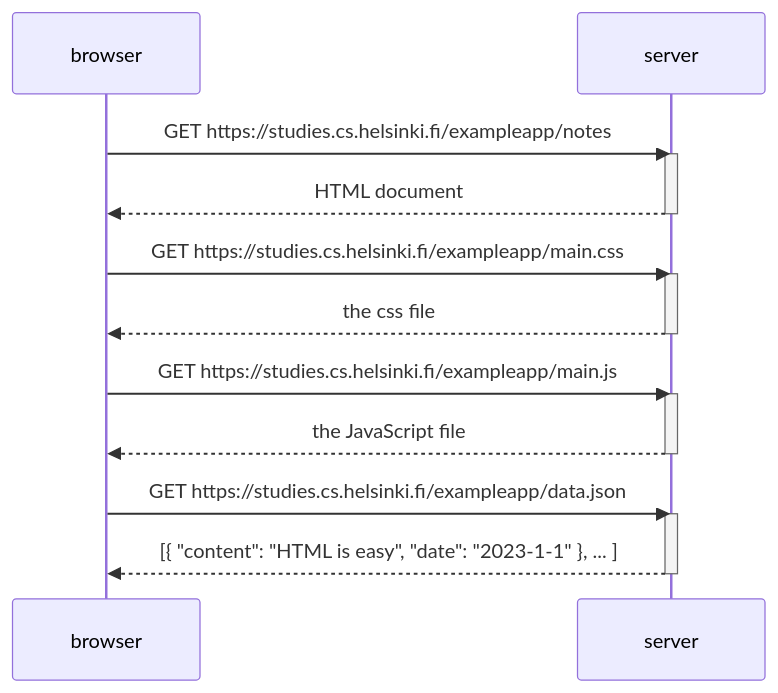
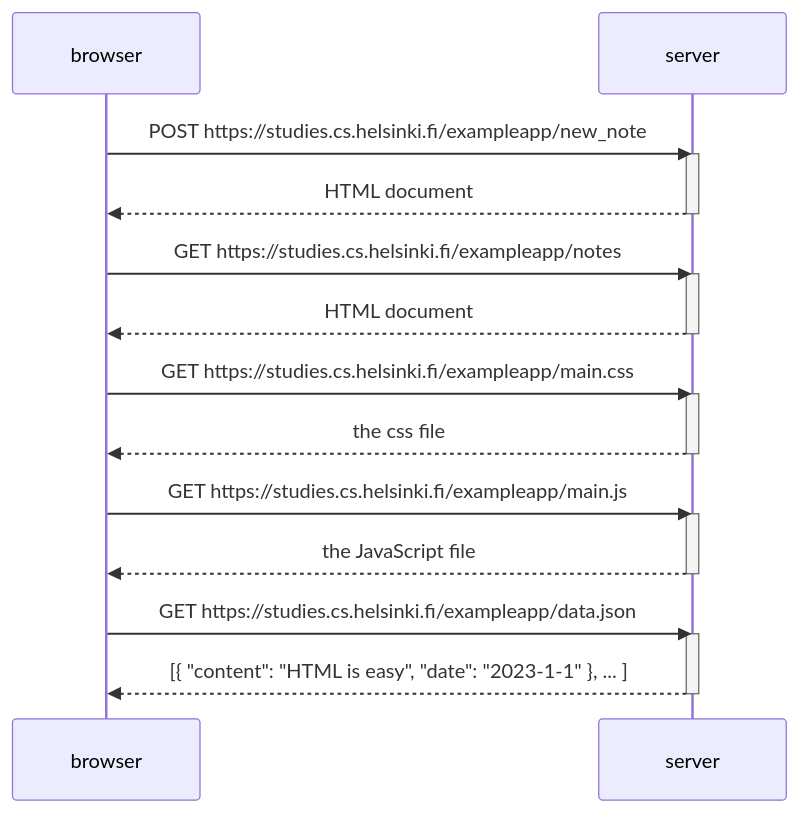
The diagram in 04file3.md (REV3NSS/FullStack), drawn with Mermaid before and after one commit.

````diff
--- a/04file3.md
+++ b/04file3.md
@@ -1,25 +1,30 @@
 ```mermaid
     sequenceDiagram
     participant browser
     participant server
+
+    browser->>server: POST https://studies.cs.helsinki.fi/exampleapp/new_note
+    activate server
+    server-->>browser: HTML document
+    deactivate server
 
     browser->>server: GET https://studies.cs.helsinki.fi/exampleapp/notes
     activate server
     server-->>browser: HTML document
     deactivate server
 
     browser->>server: GET https://studies.cs.helsinki.fi/exampleapp/main.css
     activate server
     server-->>browser: the css file
     deactivate server
 
     browser->>server: GET https://studies.cs.helsinki.fi/exampleapp/main.js
     activate server
     server-->>browser: the JavaScript file
     deactivate server
 
     browser->>server: GET https://studies.cs.helsinki.fi/exampleapp/data.json
     activate server
     server-->>browser: [{ "content": "HTML is easy", "date": "2023-1-1" }, ... ]
     deactivate server
 ```
````
